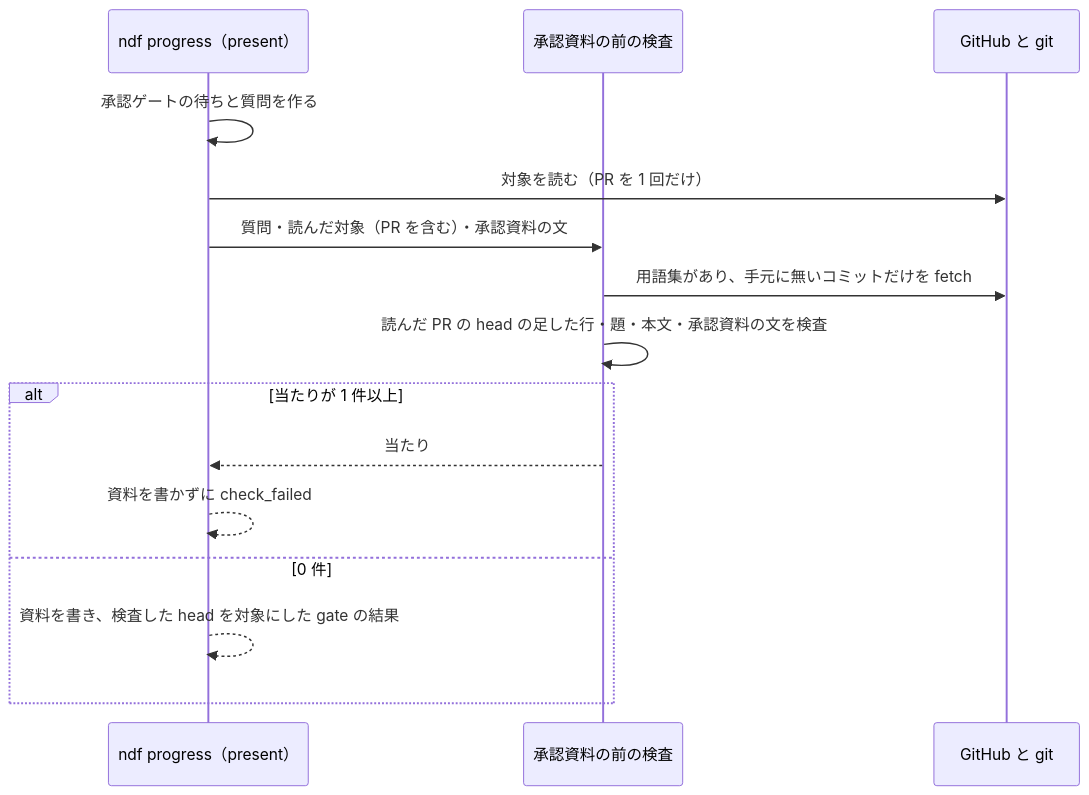
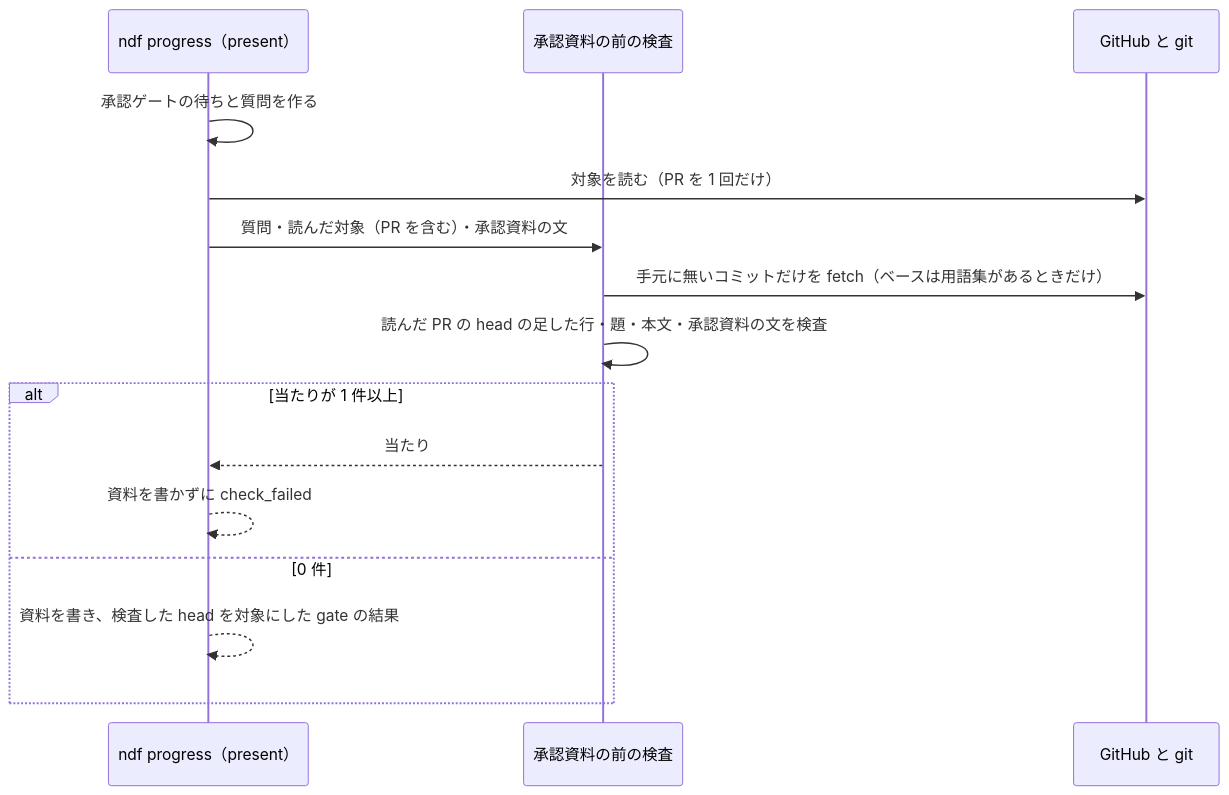
The fourth of 4 diagrams in issues/issue-4285-design.md (devbasex/ai-plugins), drawn with Mermaid before and after one commit. The commit also changed other lines of this file and 1 other file, not shown here.

````diff
--- a/issues/issue-4285-design.md
+++ b/issues/issue-4285-design.md
@@ -213,17 +213,17 @@
 ```mermaid
 sequenceDiagram
   participant P as ndf progress（present）
   participant W as 承認資料の前の検査
   participant G as GitHub と git
   P->>P: 承認ゲートの待ちと質問を作る
   P->>G: 対象を読む（PR を 1 回だけ）
   P->>W: 質問・読んだ対象（PR を含む）・承認資料の文
-  W->>G: 用語集があり、手元に無いコミットだけを fetch
+  W->>G: 手元に無いコミットだけを fetch（ベースは用語集があるときだけ）
   W->>W: 読んだ PR の head の足した行・題・本文・承認資料の文を検査
   alt 当たりが 1 件以上
     W-->>P: 当たり
     P-->>P: 資料を書かずに check_failed
   else 0 件
     P-->>P: 資料を書き、検査した head を対象にした gate の結果
   end
 ```
````
